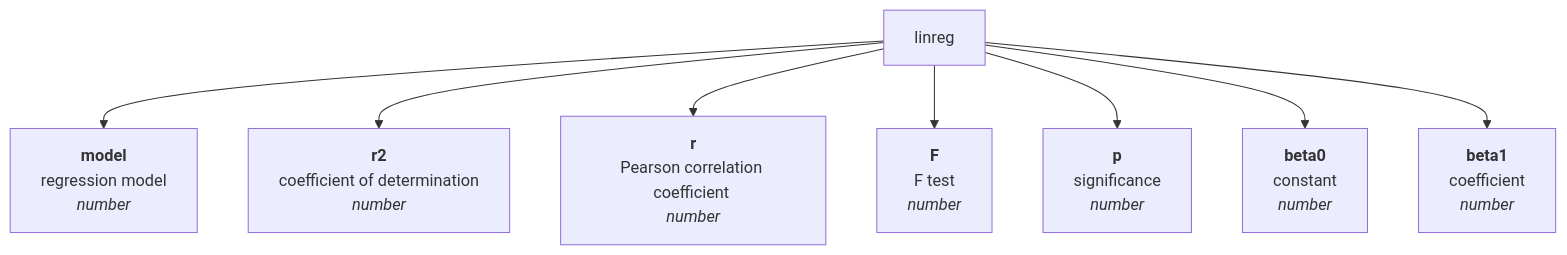
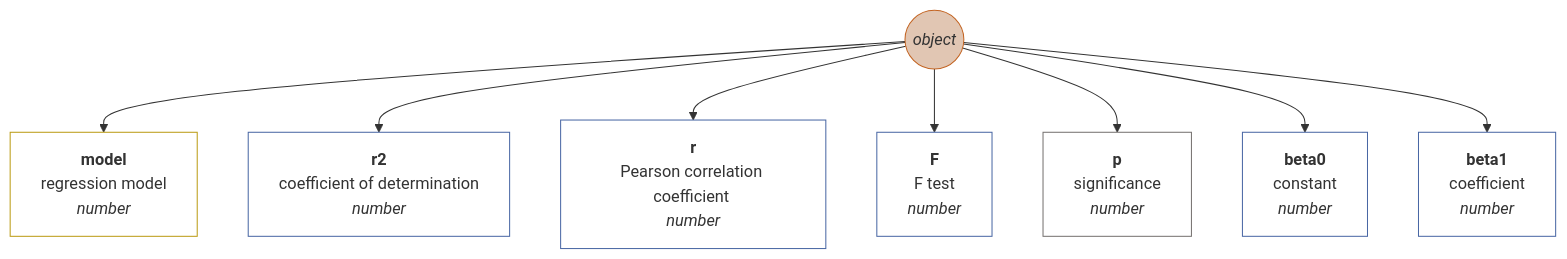
Before and after one commit to muzikp/retusa: the first of 13 diagrams in docs/en-GB/matrix.md, drawn with Mermaid. The commit also changed other lines of this file and 17 other files, not shown here.

````diff
--- a/docs/en-GB/matrix.md
+++ b/docs/en-GB/matrix.md
@@ -58,11 +55,28 @@
 ```mermaid
 graph TD
+linreg((<i>object</i>))
+style linreg fill:#E1C6B3;
+style linreg stroke:#C36422;
 linreg --> model[<b>model</b><br>regression model <br><i>number</i>]
+style model fill:#FFFFFF;
+style model stroke:#BB9B14;
 linreg --> r2[<b>r2</b><br>coefficient of determination <br><i>number</i>]
+style r2 fill:#FFFFFF;
+style r2 stroke:#4967A4;
 linreg --> r[<b>r</b><br>Pearson correlation coefficient <br><i>number</i>]
+style r fill:#FFFFFF;
+style r stroke:#4967A4;
 linreg --> F[<b>F</b><br>F test <br><i>number</i>]
+style F fill:#FFFFFF;
+style F stroke:#4967A4;
 linreg --> p[<b>p</b><br>significance <br><i>number</i>]
+style p fill:#FFFFFF;
+style p stroke:#75716F;
 linreg --> beta0[<b>beta0</b><br>constant <br><i>number</i>]
+style beta0 fill:#FFFFFF;
+style beta0 stroke:#4967A4;
 linreg --> beta1[<b>beta1</b><br>coefficient <br><i>number</i>]
+style beta1 fill:#FFFFFF;
+style beta1 stroke:#4967A4;
 
 ```
````
